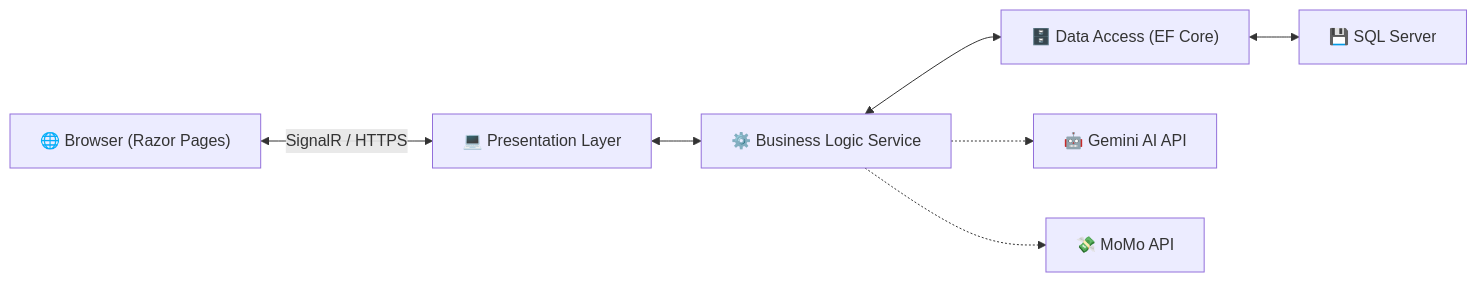
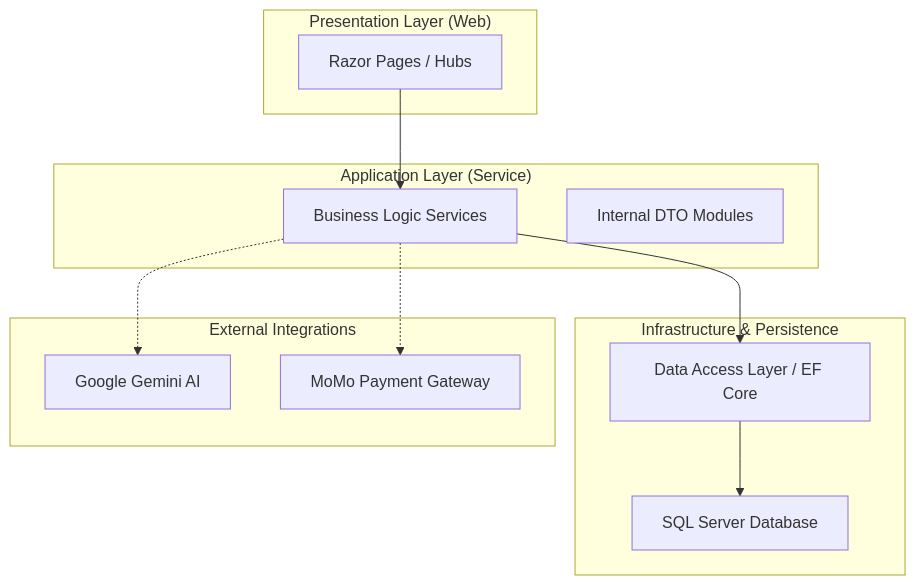
One commit to PRN222-SE1815/PRN222-FinalProject changed the diagram in README.md. Above: the diagram before and after it, drawn with Mermaid. The commit also changed other lines of this file, not shown here.

````diff
--- a/README.md
+++ b/README.md
@@ -35,9 +37,27 @@
 ```mermaid
-graph LR
-    Client["🌐 Browser (Razor Pages)"] <--> |"SignalR / HTTPS"| Presentation["💻 Presentation Layer"]
-    Presentation <--> BusinessLogic["⚙️ Business Logic Service"]
-    BusinessLogic <--> DataAccess["🗄️ Data Access (EF Core)"]
-    DataAccess <--> Database["💾 SQL Server"]
-    BusinessLogic -.-> GeminiAI["🤖 Gemini AI API"]
-    BusinessLogic -.-> MoMo["💸 MoMo API"]
+graph TD
+    subgraph "Presentation Layer (Web)"
+        A[Razor Pages / Hubs]
+    end
+
+    subgraph "Application Layer (Service)"
+        B[Business Logic Services]
+        C[Internal DTO Modules]
+    end
+
+    subgraph "Infrastructure & Persistence"
+        D[Data Access Layer / EF Core]
+        E[SQL Server Database]
+    end
+
+    subgraph "External Integrations"
+        F[Google Gemini AI]
+        G[MoMo Payment Gateway]
+    end
+
+    A --> B
+    B --> D
+    D --> E
+    B -.-> F
+    B -.-> G
 ```
````
